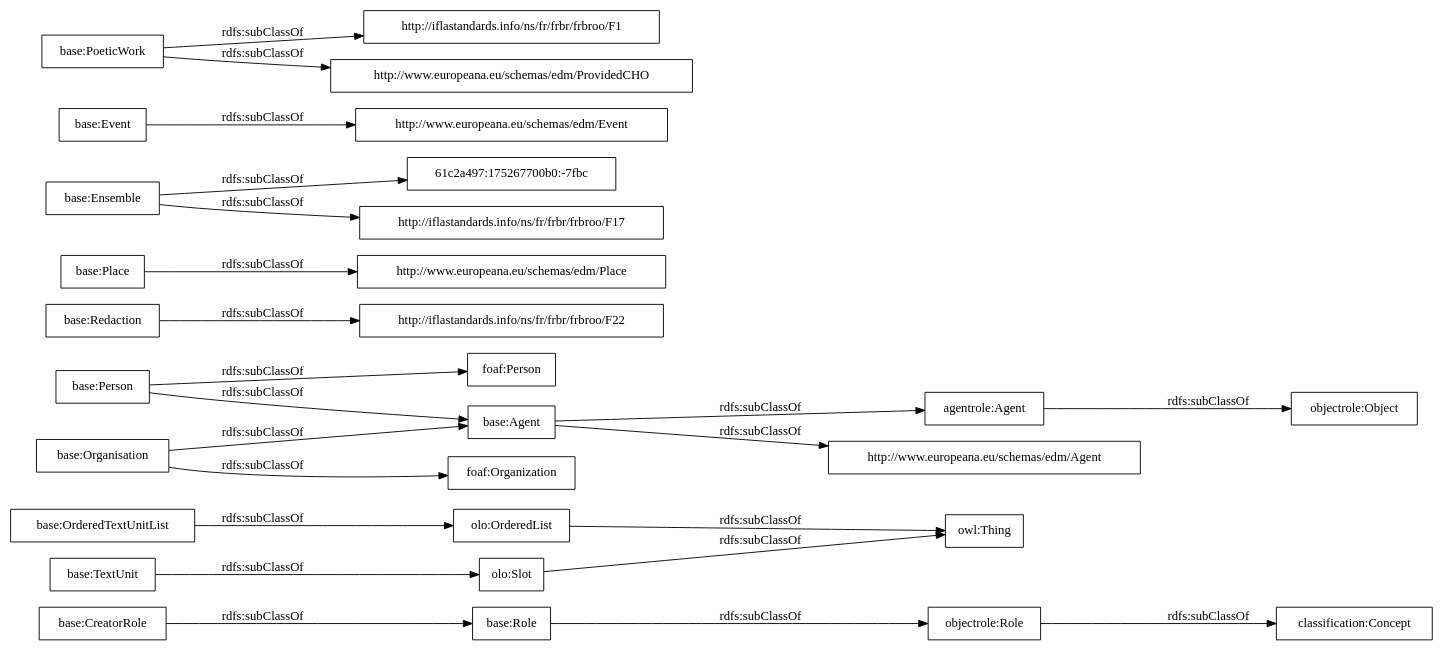
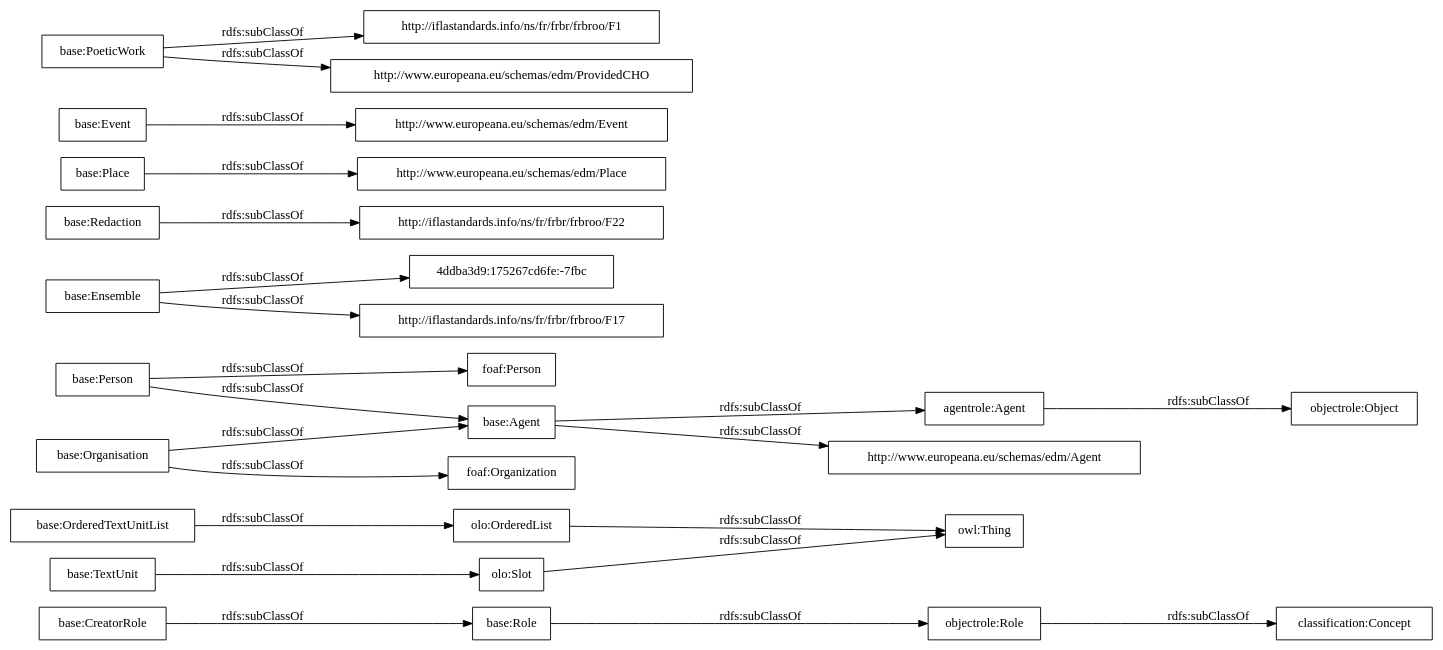
Before and after one commit to OnToologyUser/core-ontology-1: the diagram in OnToology/postdata-core.owl/diagrams/ar2dtool-taxonomy/postdata-core.owl.png.dot, drawn with Graphviz. The commit also changed 14 other files, not shown here.

```diff
--- a/OnToology/postdata-core.owl/diagrams/ar2dtool-taxonomy/postdata-core.owl.png.dot
+++ b/OnToology/postdata-core.owl/diagrams/ar2dtool-taxonomy/postdata-core.owl.png.dot
@@ -1,27 +1,27 @@
 digraph ar2dtool_diagram { 
 rankdir=LR;
 size="1000"
-node [shape = rectangle, color="black"]; "base:Role" "base:OrderedTextUnitList" "agentrole:Agent" "http://iflastandards.info/ns/fr/frbr/frbroo/F22" "http://www.europeana.eu/schemas/edm/Agent" "base:Agent" "base:CreatorRole" "base:Person" "base:Organisation" "http://www.europeana.eu/schemas/edm/Place" "base:Redaction" "base:Ensemble" "foaf:Person" "61c2a497:175267700b0:-7fbc" "http://www.europeana.eu/schemas/edm/Event" "base:TextUnit" "foaf:Organization" "http://iflastandards.info/ns/fr/frbr/frbroo/F1" "http://www.europeana.eu/schemas/edm/ProvidedCHO" "base:Place" "base:Event" "base:PoeticWork" "http://iflastandards.info/ns/fr/frbr/frbroo/F17" "owl:Thing" "objectrole:Role" "objectrole:Object" "olo:Slot" "olo:OrderedList" "classification:Concept" ; /*classes style*/
+node [shape = rectangle, color="black"]; "base:Role" "base:OrderedTextUnitList" "agentrole:Agent" "4ddba3d9:175267cd6fe:-7fbc" "http://iflastandards.info/ns/fr/frbr/frbroo/F22" "http://www.europeana.eu/schemas/edm/Agent" "base:Agent" "base:CreatorRole" "base:Person" "base:Organisation" "http://www.europeana.eu/schemas/edm/Place" "base:Redaction" "base:Ensemble" "foaf:Person" "http://www.europeana.eu/schemas/edm/Event" "base:TextUnit" "http://iflastandards.info/ns/fr/frbr/frbroo/F1" "foaf:Organization" "http://www.europeana.eu/schemas/edm/ProvidedCHO" "base:Place" "base:Event" "base:PoeticWork" "http://iflastandards.info/ns/fr/frbr/frbroo/F17" "owl:Thing" "objectrole:Role" "objectrole:Object" "olo:Slot" "olo:OrderedList" "classification:Concept" ; /*classes style*/
 	"base:Redaction" -> "http://iflastandards.info/ns/fr/frbr/frbroo/F22" [ label = "rdfs:subClassOf" ];
 	"base:Role" -> "objectrole:Role" [ label = "rdfs:subClassOf" ];
 	"base:Event" -> "http://www.europeana.eu/schemas/edm/Event" [ label = "rdfs:subClassOf" ];
 	"base:Person" -> "foaf:Person" [ label = "rdfs:subClassOf" ];
 	"base:Person" -> "base:Agent" [ label = "rdfs:subClassOf" ];
 	"olo:OrderedList" -> "owl:Thing" [ label = "rdfs:subClassOf" ];
 	"olo:Slot" -> "owl:Thing" [ label = "rdfs:subClassOf" ];
 	"base:PoeticWork" -> "http://www.europeana.eu/schemas/edm/ProvidedCHO" [ label = "rdfs:subClassOf" ];
 	"base:PoeticWork" -> "http://iflastandards.info/ns/fr/frbr/frbroo/F1" [ label = "rdfs:subClassOf" ];
 	"base:TextUnit" -> "olo:Slot" [ label = "rdfs:subClassOf" ];
 	"agentrole:Agent" -> "objectrole:Object" [ label = "rdfs:subClassOf" ];
-	"base:Ensemble" -> "61c2a497:175267700b0:-7fbc" [ label = "rdfs:subClassOf" ];
+	"base:Ensemble" -> "4ddba3d9:175267cd6fe:-7fbc" [ label = "rdfs:subClassOf" ];
 	"base:Ensemble" -> "http://iflastandards.info/ns/fr/frbr/frbroo/F17" [ label = "rdfs:subClassOf" ];
 	"base:OrderedTextUnitList" -> "olo:OrderedList" [ label = "rdfs:subClassOf" ];
 	"base:Agent" -> "agentrole:Agent" [ label = "rdfs:subClassOf" ];
 	"base:Agent" -> "http://www.europeana.eu/schemas/edm/Agent" [ label = "rdfs:subClassOf" ];
 	"objectrole:Role" -> "classification:Concept" [ label = "rdfs:subClassOf" ];
 	"base:Place" -> "http://www.europeana.eu/schemas/edm/Place" [ label = "rdfs:subClassOf" ];
 	"base:Organisation" -> "foaf:Organization" [ label = "rdfs:subClassOf" ];
 	"base:Organisation" -> "base:Agent" [ label = "rdfs:subClassOf" ];
 	"base:CreatorRole" -> "base:Role" [ label = "rdfs:subClassOf" ];
 
 }
```
